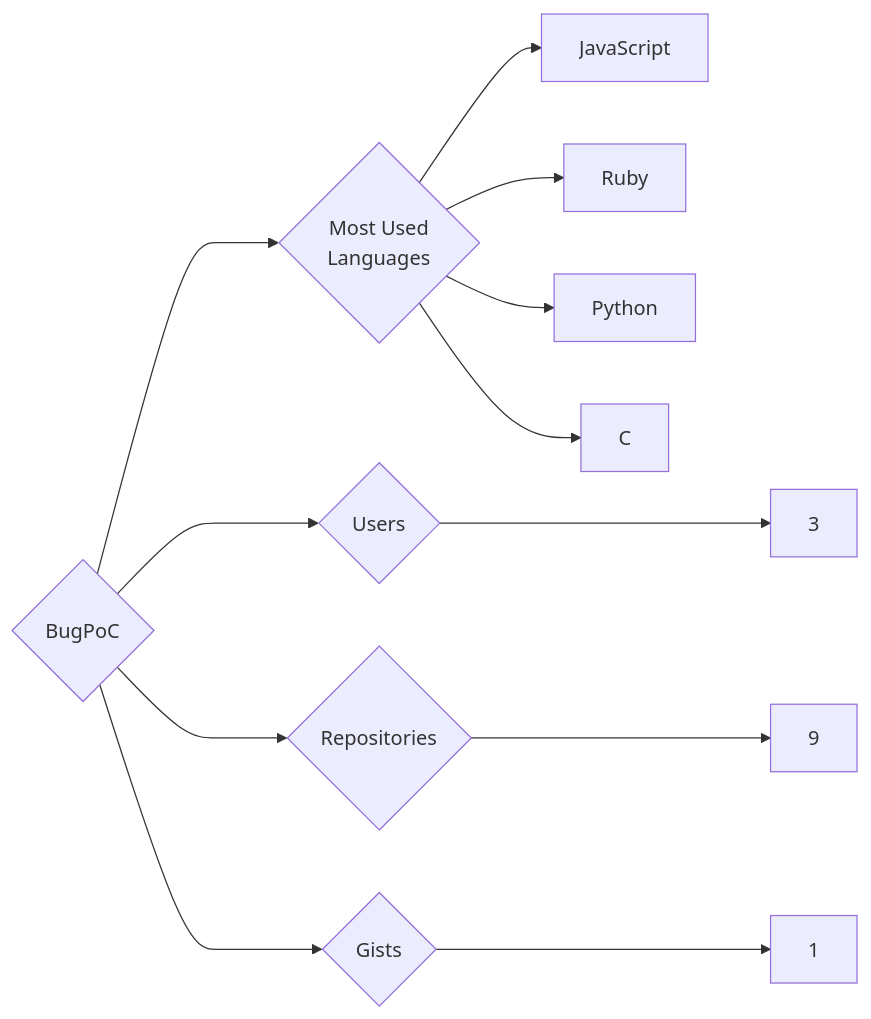
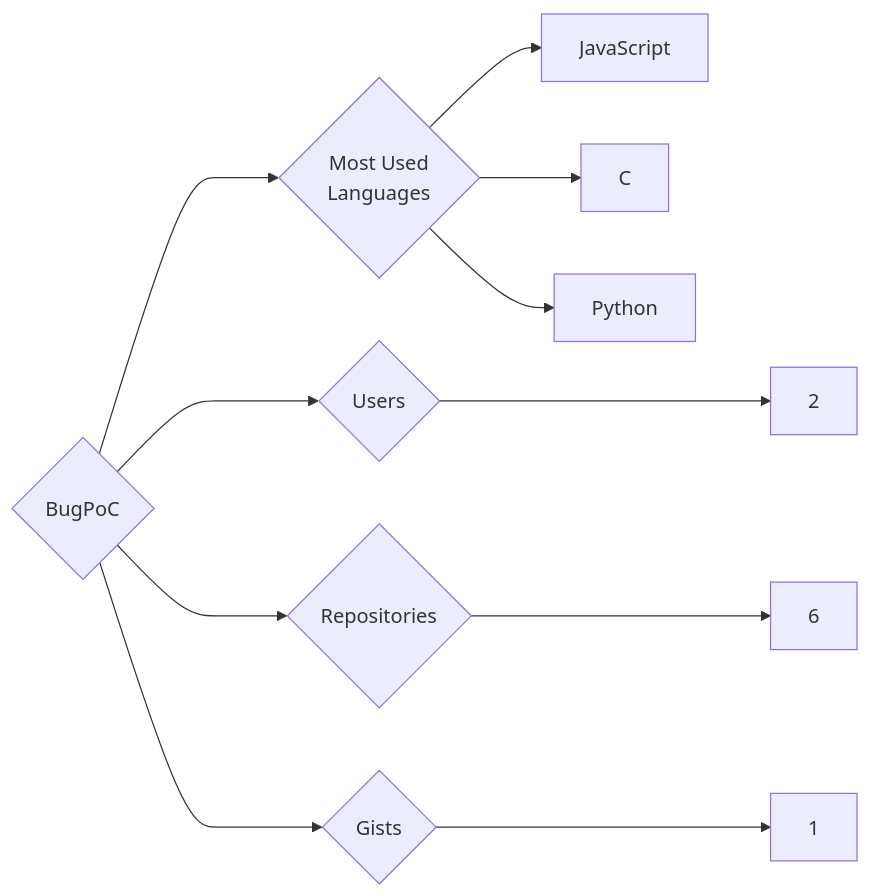
One commit to trickest/insiders changed the diagram in targets/BugPoC/README.md. Above: the diagram before and after it, drawn with Mermaid. The commit also changed 1020 other files, not shown here.

````diff
--- a/targets/BugPoC/README.md
+++ b/targets/BugPoC/README.md
@@ -3,12 +3,11 @@
 ```mermaid
 graph LR
 COMPANY_NAME{BugPoC}
-COMPANY_NAME ---> U{Users} ---> UN[3]
-COMPANY_NAME ---> R{Repositories} ---> RN[9]
+COMPANY_NAME ---> U{Users} ---> UN[2]
+COMPANY_NAME ---> R{Repositories} ---> RN[6]
 COMPANY_NAME ---> G{Gists} ---> GN[1]
 COMPANY_NAME ---> ML{Most Used<br>Languages}
 ML --> JavaScript[JavaScript]
-ML --> Ruby[Ruby]
+ML --> C[C]
 ML --> Python[Python]
-ML --> C[C]
 ```
````
